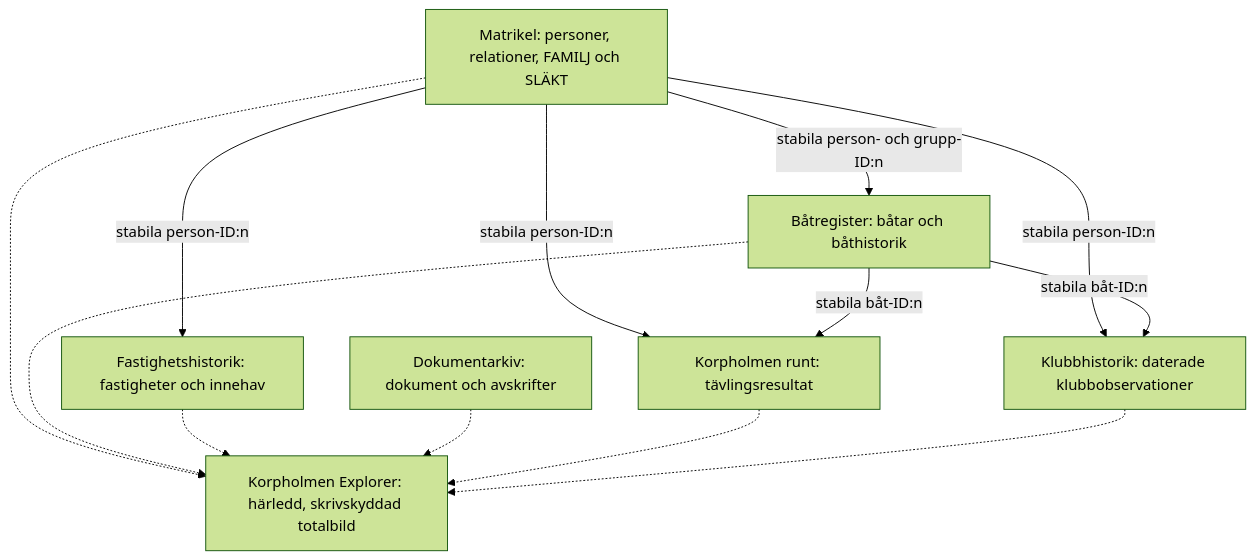
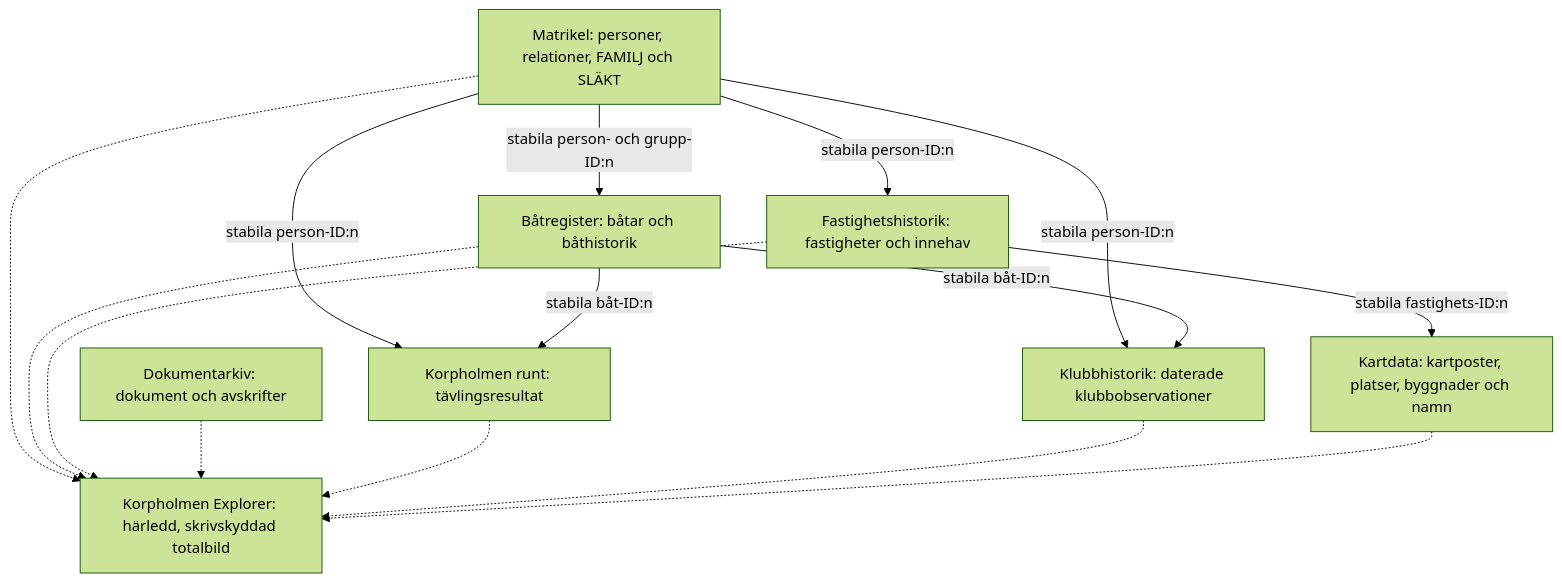
Before and after one commit to simonsvahn/korpholmen: the second of 5 diagrams in ARKITEKTUR.md, drawn with Mermaid (forest theme). The commit also changed other lines of this file and 45 other files, not shown here.

Commit message:
Publicera Kartdata med historiska namn

````diff
--- a/ARKITEKTUR.md
+++ b/ARKITEKTUR.md
@@ -54,23 +55,26 @@
 ```mermaid
 flowchart TB
     MA["Matrikel: personer, relationer, FAMILJ och SLÄKT"]
     BA["Båtregister: båtar och båthistorik"]
     FA["Fastighetshistorik: fastigheter och innehav"]
     AR["Dokumentarkiv: dokument och avskrifter"]
     KR["Korpholmen runt: tävlingsresultat"]
     KH["Klubbhistorik: daterade klubbobservationer"]
+    KD["Kartdata: kartposter, platser, byggnader och namn"]
     EX["Korpholmen Explorer: härledd, skrivskyddad totalbild"]
 
     MA -->|"stabila person- och grupp-ID:n"| BA
     MA -->|"stabila person-ID:n"| FA
     MA -->|"stabila person-ID:n"| KR
     MA -->|"stabila person-ID:n"| KH
     BA -->|"stabila båt-ID:n"| KR
     BA -->|"stabila båt-ID:n"| KH
+    FA -->|"stabila fastighets-ID:n"| KD
     MA -.-> EX
     BA -.-> EX
     FA -.-> EX
     AR -.-> EX
     KR -.-> EX
     KH -.-> EX
+    KD -.-> EX
 ```
````
